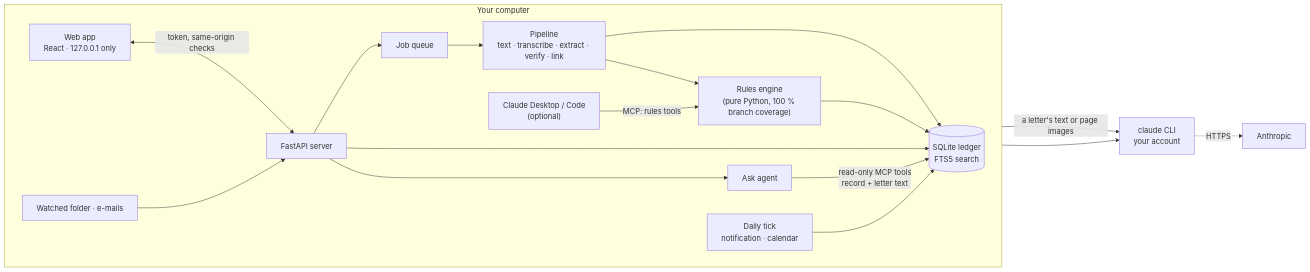
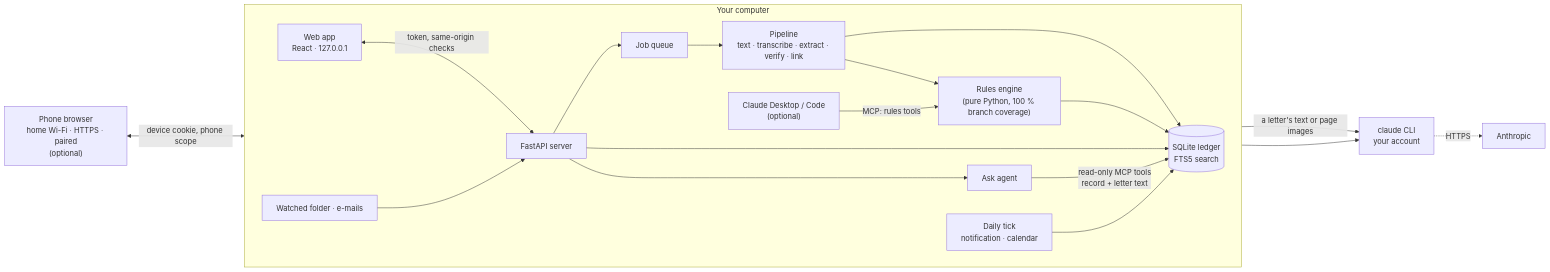
One commit to ahmedEid1/ordnung changed the diagram in README.md. Above: the diagram before and after it, drawn with Mermaid. The commit also changed other lines of this file and 5 other files, not shown here.

First line of the commit message:
Phone access docs: README, ADR 0017, privacy, architecture, SPEC and their pinned numbers

````diff
--- a/README.md
+++ b/README.md
@@ -430,18 +447,19 @@
 ```mermaid
 flowchart LR
   subgraph PC["Your computer"]
     direction LR
-    UI["Web app<br/>React · 127.0.0.1 only"] <-->|"token, same-origin checks"| API["FastAPI server"]
+    UI["Web app<br/>React · 127.0.0.1"] <-->|"token, same-origin checks"| API["FastAPI server"]
     IN["Watched folder · e-mails"] --> API
     API --> Q["Job queue"] --> P["Pipeline<br/>text · transcribe · extract · verify · link"]
     P --> R["Rules engine<br/>(pure Python, 100 % branch coverage)"]
     P & R --> DB[("SQLite ledger<br/>FTS5 search")]
     API --> DB
     API --> ASK["Ask agent"] -->|"read-only MCP tools<br/>record + letter text"| DB
     TICK["Daily tick<br/>notification · calendar"] --> DB
     CD["Claude Desktop / Code<br/>(optional)"] -->|"MCP: rules tools"| R
   end
+  Phone["Phone browser<br/>home Wi-Fi · HTTPS · paired<br/>(optional)"] <-->|"device cookie, phone scope"| API
   P -- "a letter's text or page images" --> CLI["claude CLI<br/>your account"]
   ASK --> CLI
   CLI -. "HTTPS" .-> ANT["Anthropic"]
 ```
````
